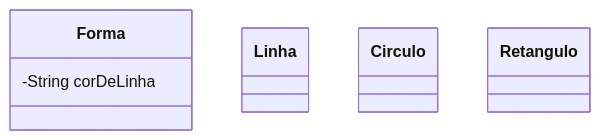
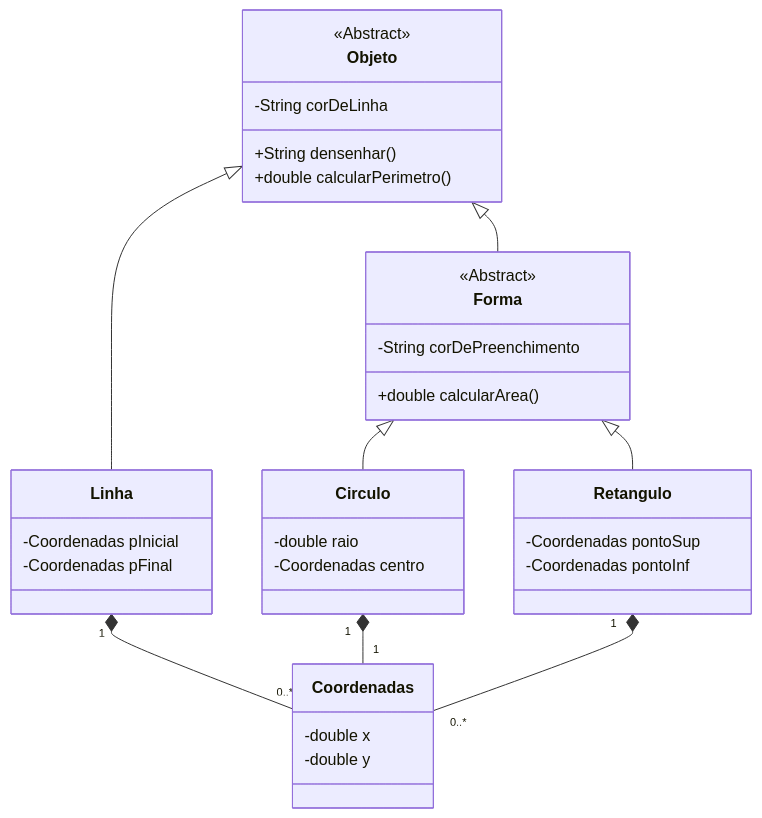
The diagram in 2024-07-22-pt2/UML.md (DanielCF41/POO), drawn with Mermaid before and after one commit. The commit also changed 15 other files, not shown here.

````diff
--- a/2024-07-22-pt2/UML.md
+++ b/2024-07-22-pt2/UML.md
@@ -1,20 +1,47 @@
 ```mermaid
 classDiagram
 
+class Objeto{
+    <<Abstract>>
+    -String corDeLinha
+    +String densenhar()
+    +double calcularPerimetro()
+}
+
 class Forma{
-    -String corDeLinha
+    <<Abstract>>
+    -String corDePreenchimento
+    +double calcularArea()
+} 
+
+class Coordenadas{
+    -double x
+    -double y
 }
 
 class Linha{
-    
+    -Coordenadas pInicial
+    -Coordenadas pFinal
 }
 
 class Circulo{
-    
+    -double raio
+    -Coordenadas centro
 }
 
 class Retangulo{
-    
+    -Coordenadas pontoSup
+    -Coordenadas pontoInf
 }
 
+Objeto <|-- Forma
+Objeto <|-- Linha
+Forma <|-- Retangulo
+Forma <|-- Circulo
+
+Linha "1" *-- "0..*" Coordenadas
+Circulo "1" *-- "1" Coordenadas
+Retangulo "1" *-- "0..*" Coordenadas
+
+
 ```
````
